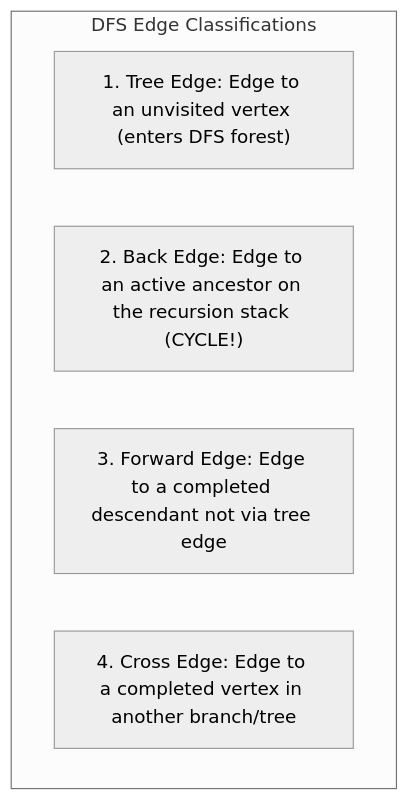
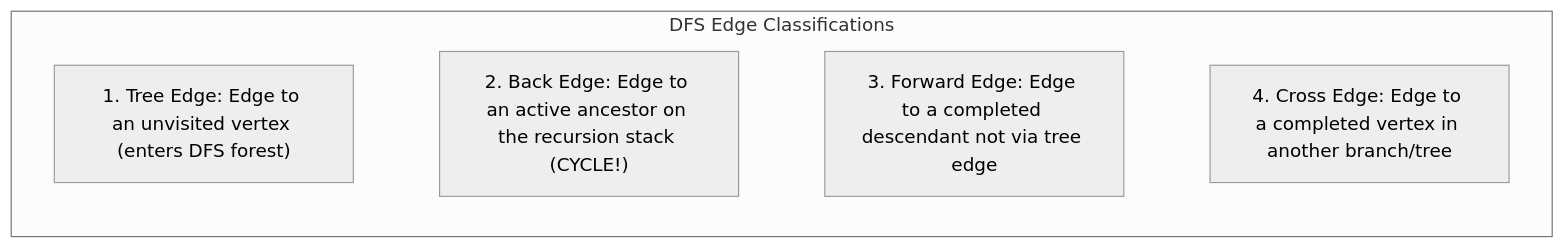
Before and after one commit to espoem/zero-to-one: the third of 6 diagrams in algorithms/dsa/modules/07-graph-foundations-and-traversals.md, drawn with Mermaid (neutral theme). The commit also changed 171 other files, not shown here.

Commit message:
fix(curriculum): repair LaTeX and KaTeX math blocks, heading uniqueness, and diagram constraints

````diff
--- a/algorithms/dsa/modules/07-graph-foundations-and-traversals.md
+++ b/algorithms/dsa/modules/07-graph-foundations-and-traversals.md
@@ -65,9 +65,10 @@
 ```mermaid
 flowchart TD
     subgraph EdgeTypes["DFS Edge Classifications"]
         TE["1. Tree Edge: Edge to an unvisited vertex (enters DFS forest)"]
         BE["2. Back Edge: Edge to an active ancestor on the recursion stack (CYCLE!)"]
         FE["3. Forward Edge: Edge to a completed descendant not via tree edge"]
         CE["4. Cross Edge: Edge to a completed vertex in another branch/tree"]
+        TE ~~~ BE ~~~ FE ~~~ CE
     end
 ```
````
